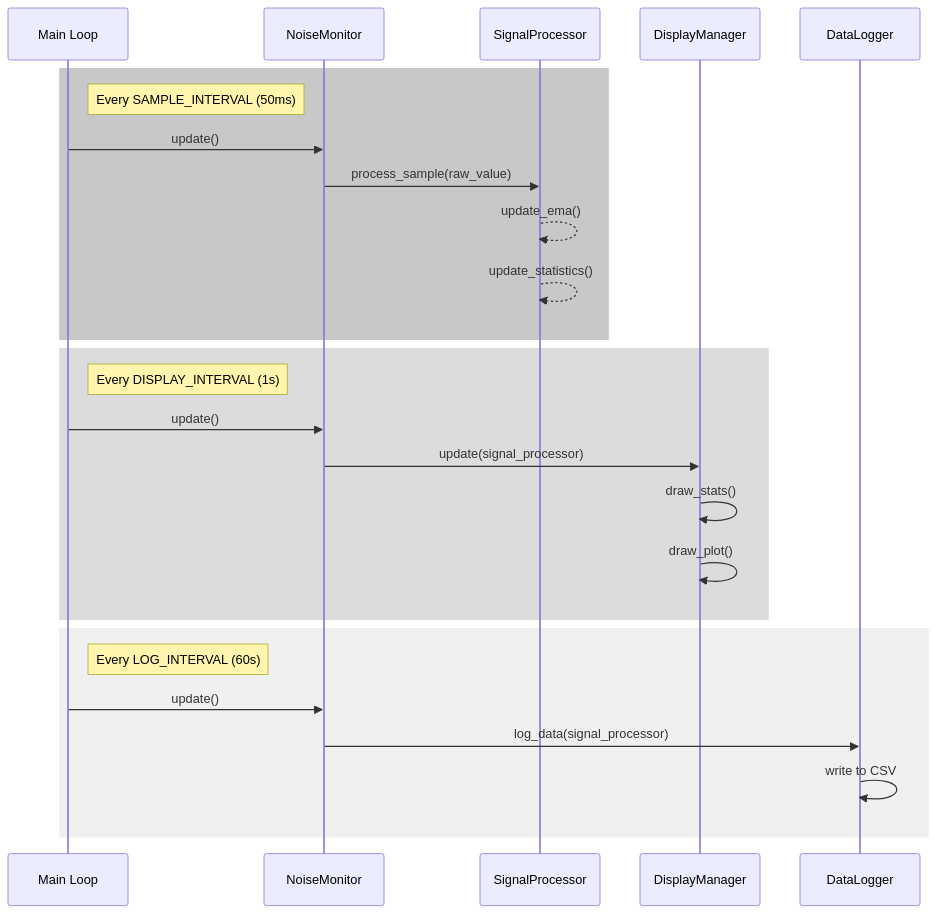
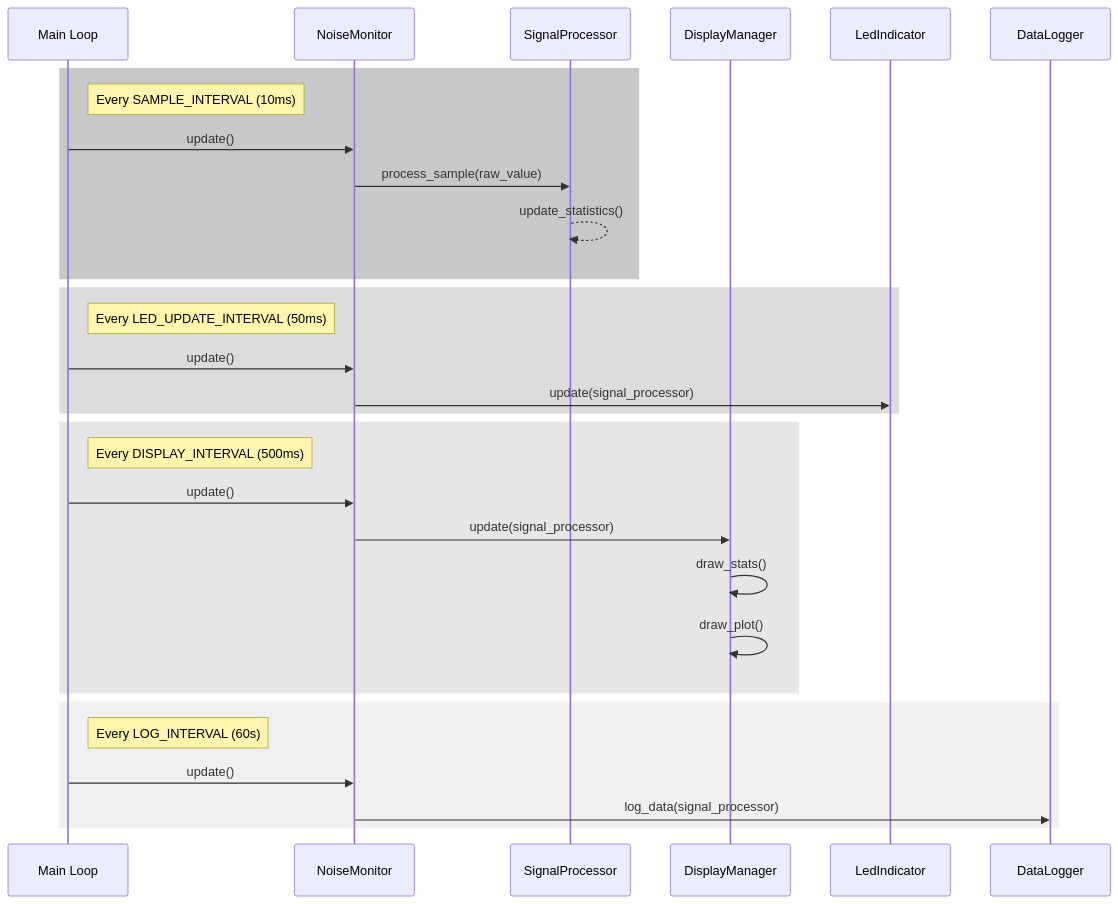
The diagram in doc/flowNtiming.md (coloboxp/LoudTruth), drawn with Mermaid before and after one commit. The commit also changed 8 other files, not shown here.

````diff
--- a/doc/flowNtiming.md
+++ b/doc/flowNtiming.md
@@ -3,31 +3,36 @@
 ```mermaid
 sequenceDiagram
     participant M as Main Loop
     participant NM as NoiseMonitor
     participant SP as SignalProcessor
     participant DM as DisplayManager
+    participant LI as LedIndicator
     participant DL as DataLogger
 
     rect rgb(200, 200, 200)
-        note right of M: Every SAMPLE_INTERVAL (50ms)
+        note right of M: Every SAMPLE_INTERVAL (10ms)
         M->>NM: update()
         NM->>SP: process_sample(raw_value)
-        SP-->>SP: update_ema()
         SP-->>SP: update_statistics()
     end
 
     rect rgb(220, 220, 220)
-        note right of M: Every DISPLAY_INTERVAL (1s)
+        note right of M: Every LED_UPDATE_INTERVAL (50ms)
+        M->>NM: update()
+        NM->>LI: update(signal_processor)
+    end
+
+    rect rgb(230, 230, 230)
+        note right of M: Every DISPLAY_INTERVAL (500ms)
         M->>NM: update()
         NM->>DM: update(signal_processor)
         DM->>DM: draw_stats()
         DM->>DM: draw_plot()
     end
 
     rect rgb(240, 240, 240)
         note right of M: Every LOG_INTERVAL (60s)
         M->>NM: update()
         NM->>DL: log_data(signal_processor)
-        DL->>DL: write to CSV
     end
 ```
````
